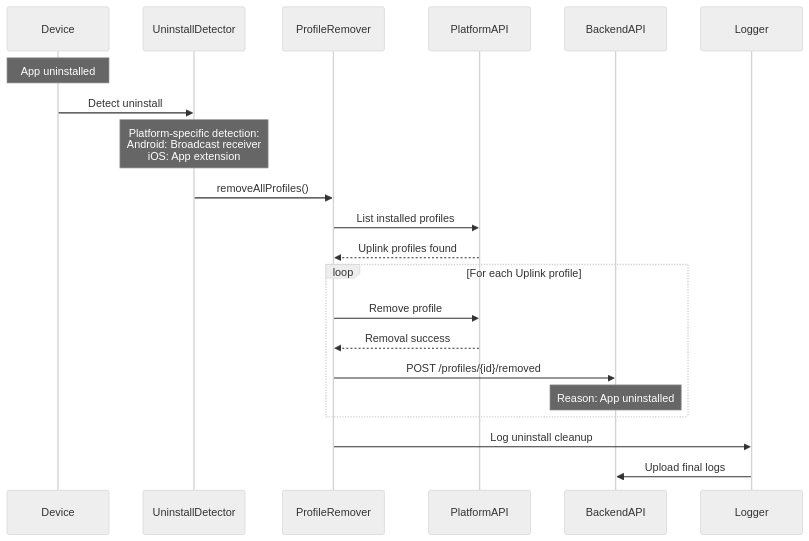
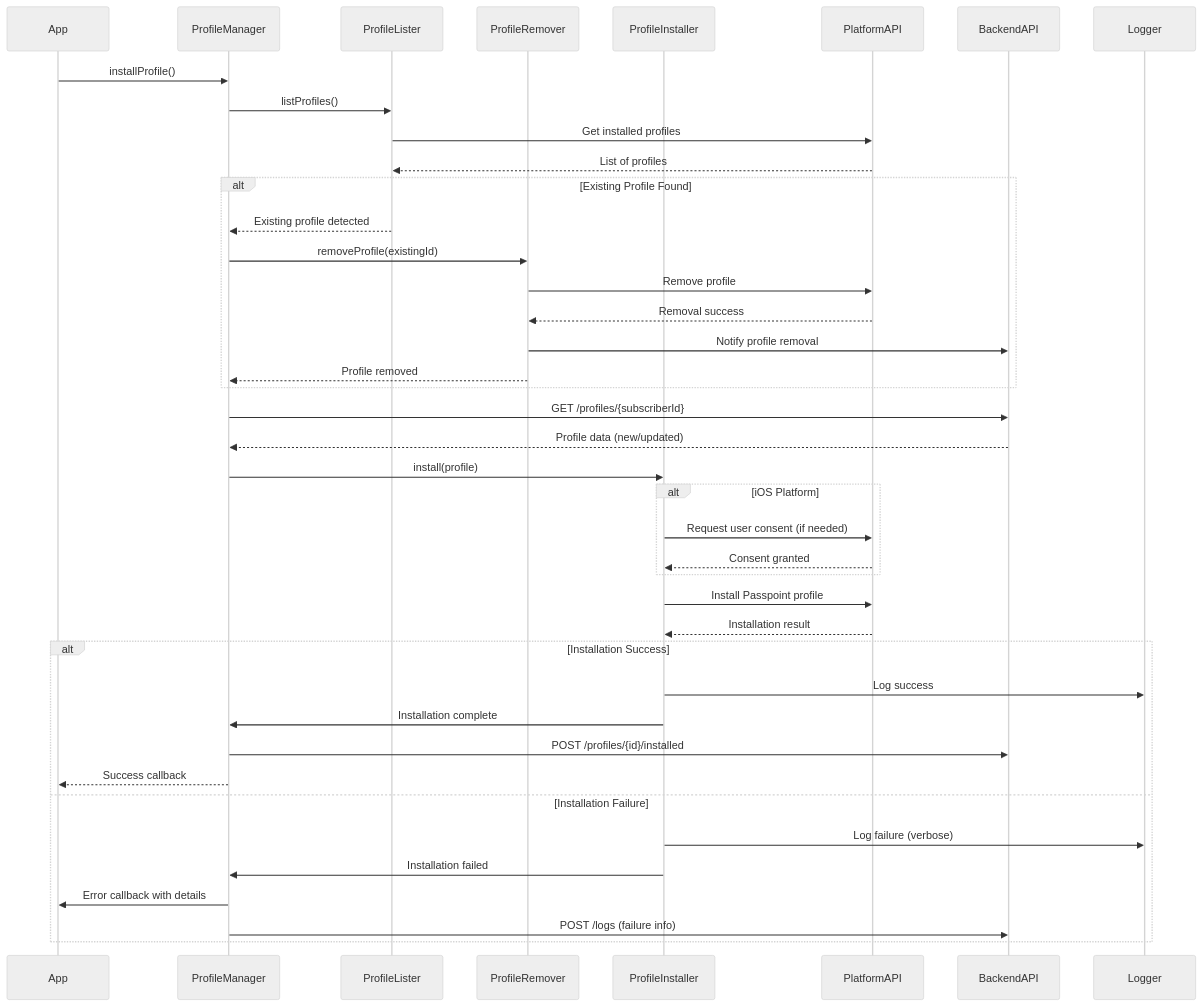
One commit to bellones/breakingnews changed the first of 3 diagrams in README.md. Above: the diagram before and after it, drawn with Mermaid (neutral theme). The commit also changed other lines of this file, not shown here.

````diff
--- a/README.md
+++ b/README.md
@@ -5,28 +5,51 @@
 ```mermaid
 sequenceDiagram
-    participant Device
-    participant UninstallDetector
+    participant App
+    participant ProfileManager
+    participant ProfileLister
     participant ProfileRemover
+    participant ProfileInstaller
     participant PlatformAPI
     participant BackendAPI
     participant Logger
     
-    Note over Device: App uninstalled
+    App->>ProfileManager: installProfile()
     
-    Device->>UninstallDetector: Detect uninstall
-    Note over UninstallDetector: Platform-specific detection:<br/>Android: Broadcast receiver<br/>iOS: App extension
+    ProfileManager->>ProfileLister: listProfiles()
+    ProfileLister->>PlatformAPI: Get installed profiles
+    PlatformAPI-->>ProfileLister: List of profiles
     
-    UninstallDetector->>ProfileRemover: removeAllProfiles()
-    ProfileRemover->>PlatformAPI: List installed profiles
-    PlatformAPI-->>ProfileRemover: Uplink profiles found
-    
-    loop For each Uplink profile
+    alt Existing Profile Found
+        ProfileLister-->>ProfileManager: Existing profile detected
+        ProfileManager->>ProfileRemover: removeProfile(existingId)
         ProfileRemover->>PlatformAPI: Remove profile
         PlatformAPI-->>ProfileRemover: Removal success
-        ProfileRemover->>BackendAPI: POST /profiles/{id}/removed
-        Note over BackendAPI: Reason: App uninstalled
+        ProfileRemover->>BackendAPI: Notify profile removal
+        ProfileRemover-->>ProfileManager: Profile removed
     end
     
-    ProfileRemover->>Logger: Log uninstall cleanup
-    Logger->>BackendAPI: Upload final logs
+    ProfileManager->>BackendAPI: GET /profiles/{subscriberId}
+    BackendAPI-->>ProfileManager: Profile data (new/updated)
+    
+    ProfileManager->>ProfileInstaller: install(profile)
+    
+    alt iOS Platform
+        ProfileInstaller->>PlatformAPI: Request user consent (if needed)
+        PlatformAPI-->>ProfileInstaller: Consent granted
+    end
+    
+    ProfileInstaller->>PlatformAPI: Install Passpoint profile
+    PlatformAPI-->>ProfileInstaller: Installation result
+    
+    alt Installation Success
+        ProfileInstaller->>Logger: Log success
+        ProfileInstaller->>ProfileManager: Installation complete
+        ProfileManager->>BackendAPI: POST /profiles/{id}/installed
+        ProfileManager-->>App: Success callback
+    else Installation Failure
+        ProfileInstaller->>Logger: Log failure (verbose)
+        ProfileInstaller->>ProfileManager: Installation failed
+        ProfileManager->>App: Error callback with details
+        ProfileManager->>BackendAPI: POST /logs (failure info)
+    end
 ```
````
